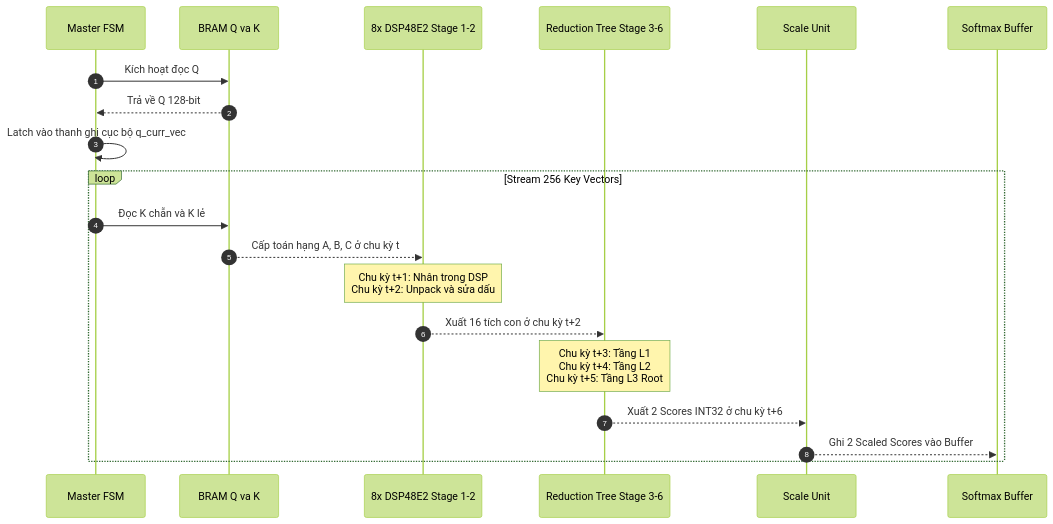
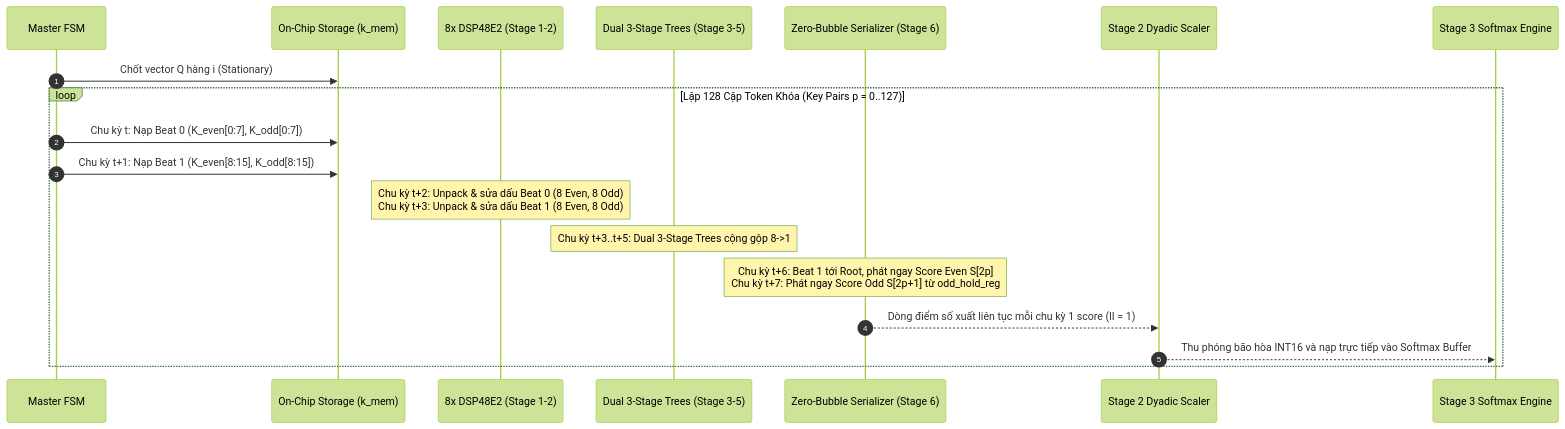
One commit to Planterian/Capstone_project changed the third of 3 diagrams in Notes_ver02/report_variant_2A_vector_streaming_dsp.md. Above: the diagram before and after it, drawn with Mermaid (forest theme). The commit also changed other lines of this file and 34 other files, not shown here.

````diff
--- a/Notes_ver02/report_variant_2A_vector_streaming_dsp.md
+++ b/Notes_ver02/report_variant_2A_vector_streaming_dsp.md
@@ -157,24 +146,23 @@
 ```mermaid
 sequenceDiagram
     autonumber
     participant FSM as Master FSM
-    participant BRAM as BRAM Q va K
-    participant DSP as 8x DSP48E2 Stage 1-2
-    participant TREE as Reduction Tree Stage 3-6
-    participant SCALE as Scale Unit
-    participant SM as Softmax Buffer
+    participant BRAM as On-Chip Storage (k_mem)
+    participant DSP as 8x DSP48E2 (Stage 1-2)
+    participant TREE as Dual 3-Stage Trees (Stage 3-5)
+    participant SER as Zero-Bubble Serializer (Stage 6)
+    participant SCALE as Stage 2 Dyadic Scaler
+    participant SM as Stage 3 Softmax Engine
 
-    FSM->>BRAM: Kích hoạt đọc Q
-    BRAM-->>FSM: Trả về Q 128-bit
-    FSM->>FSM: Latch vào thanh ghi cục bộ q_curr_vec
+    FSM->>BRAM: Chốt vector Q hàng i (Stationary)
     
-    loop Stream 256 Key Vectors
-        FSM->>BRAM: Đọc K chẵn và K lẻ
-        BRAM-->>DSP: Cấp toán hạng A, B, C ở chu kỳ t
-        Note over DSP: Chu kỳ t+1: Nhân trong DSP<br/>Chu kỳ t+2: Unpack và sửa dấu
-        DSP-->>TREE: Xuất 16 tích con ở chu kỳ t+2
-        Note over TREE: Chu kỳ t+3: Tầng L1<br/>Chu kỳ t+4: Tầng L2<br/>Chu kỳ t+5: Tầng L3 Root
-        TREE-->>SCALE: Xuất 2 Scores INT32 ở chu kỳ t+6
-        SCALE-->>SM: Ghi 2 Scaled Scores vào Buffer
+    loop Lặp 128 Cặp Token Khóa (Key Pairs p = 0..127)
+        FSM->>BRAM: Chu kỳ t: Nạp Beat 0 (K_even[0:7], K_odd[0:7])
+        FSM->>BRAM: Chu kỳ t+1: Nạp Beat 1 (K_even[8:15], K_odd[8:15])
+        Note over DSP: Chu kỳ t+2: Unpack & sửa dấu Beat 0 (8 Even, 8 Odd)<br/>Chu kỳ t+3: Unpack & sửa dấu Beat 1 (8 Even, 8 Odd)
+        Note over TREE: Chu kỳ t+3..t+5: Dual 3-Stage Trees cộng gộp 8->1
+        Note over SER: Chu kỳ t+6: Beat 1 tới Root, phát ngay Score Even S[2p]<br/>Chu kỳ t+7: Phát ngay Score Odd S[2p+1] từ odd_hold_reg
+        SER-->>SCALE: Dòng điểm số xuất liên tục mỗi chu kỳ 1 score (II = 1)
+        SCALE-->>SM: Thu phóng bão hòa INT16 và nạp trực tiếp vào Softmax Buffer
     end
 ```
````
